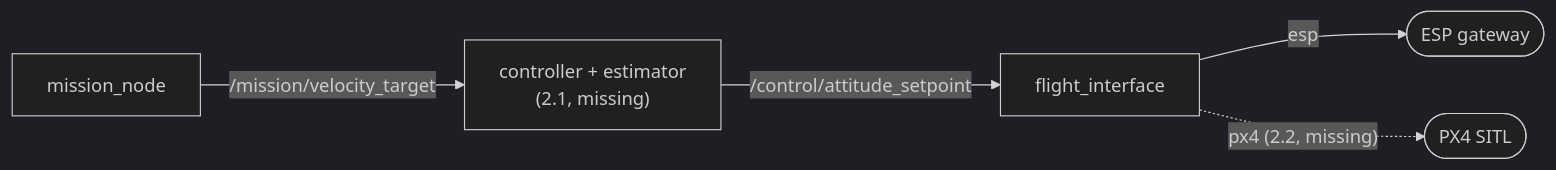
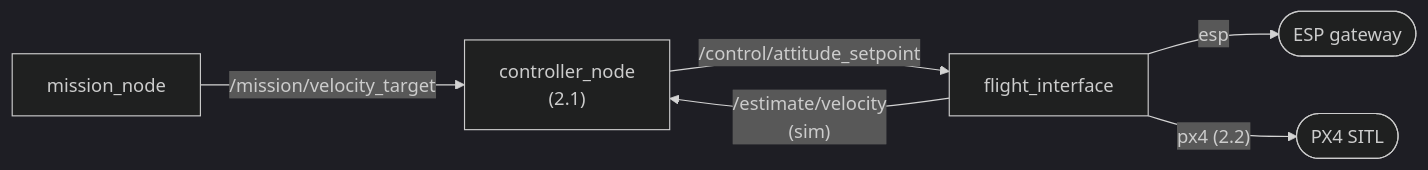
The diagram in docs/PraticalPlan/06 Gestures/06 Final Connections and Missing Parts.md (SEAME-pt/SEA-ME_Team1_ROSRangers), drawn with Mermaid (dark theme) before and after one commit. The commit also changed other lines of this file and 105 other files, not shown here.

First line of the commit message:
Cascade controller in PX4 SITL behind flight_interface (#199) (#253)

````diff
--- a/docs/PraticalPlan/06 Gestures/06 Final Connections and Missing Parts.md
+++ b/docs/PraticalPlan/06 Gestures/06 Final Connections and Missing Parts.md
@@ -40,7 +40,8 @@
 ```mermaid
 flowchart LR
-  M[mission_node] -->|"/mission/velocity_target"| C["controller + estimator<br/>(2.1, missing)"]
+  M[mission_node] -->|"/mission/velocity_target"| C["controller_node<br/>(2.1)"]
   C -->|"/control/attitude_setpoint"| FI[flight_interface]
   FI -->|esp| ESP([ESP gateway])
-  FI -.->|"px4 (2.2, missing)"| PX4([PX4 SITL])
+  FI -->|"px4 (2.2)"| PX4([PX4 SITL])
+  FI -->|"/estimate/velocity<br/>(sim)"| C
 ```
````
